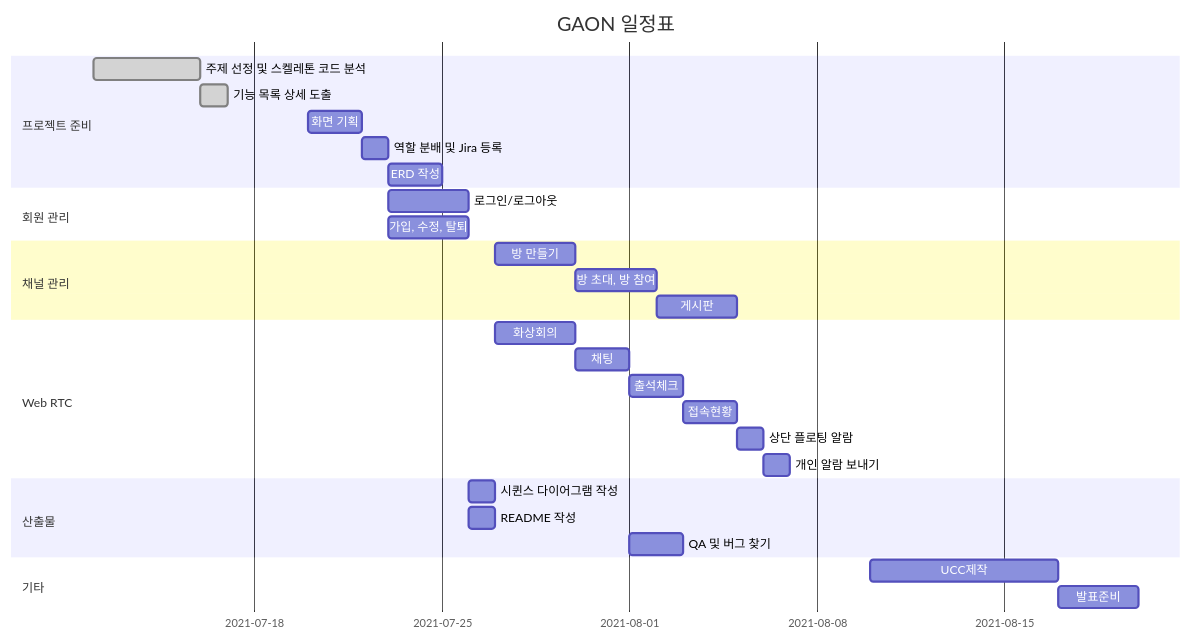
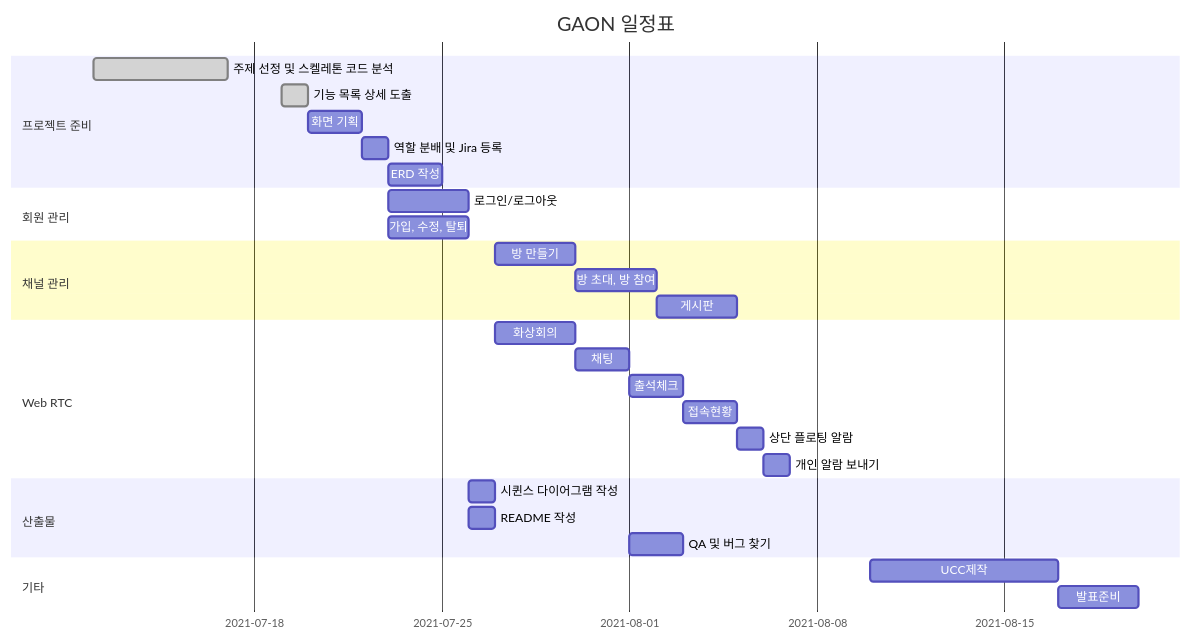
The diagram in README.md (WangHoJin/GAON), drawn with Mermaid before and after one commit.

````diff
--- a/README.md
+++ b/README.md
@@ -5,40 +5,40 @@
 ```mermaid
 gantt
     dateFormat  MM-DD
     title       GAON 일정표
     %% excludes    weekends
     %% (`excludes` accepts specific dates in YYYY-MM-DD format, days of the week ("sunday") or "weekends", but not the word "weekdays".)
 
     section 프로젝트 준비
-    주제 선정 및 스켈레톤 코드 분석	:done, 07-12, 4d
-    기능 목록 상세 도출		   :done, 07-16, 1d
+    주제 선정 및 스켈레톤 코드 분석	:done, 07-12, 5d
+    기능 목록 상세 도출		   :done, 07-19, 1d
     화면 기획				  :dibe,07-20, 2d
    	역할 분배 및 Jira 등록		: 07-22, 1d
     ERD 작성				   :07-23, 2d
     
 	section 회원 관리
     로그인/로그아웃		:07-23, 3d
     가입, 수정, 탈퇴		 :07-23, 3d
      
     section 채널 관리
     방 만들기 	: ch1, 07-27, 3d
     방 초대, 방 참여   :ch2, after ch1, 3d
     게시판 :after ch2, 3d
     
     section Web RTC
     화상회의 : rtc1, 07-27, 3d
     채팅     :rtc2, after rtc1, 2d
     출석체크   : rtc3, after rtc2, 2d
     접속현황  : rtc4, after rtc3, 2d
     상단 플로팅 알람 : rtc5, after rtc4, 1d
     개인 알람 보내기 : after rtc5, 1d
     
     section 산출물
     시퀸스 다이어그램 작성   :07-26, 1d
     README 작성  			:07-26, 1d
     QA 및 버그 찾기  	  :08-01, 2d
     
     section 기타
     UCC제작 :08-10, 7d
     발표준비 :08-17, 3d
 ```
````
